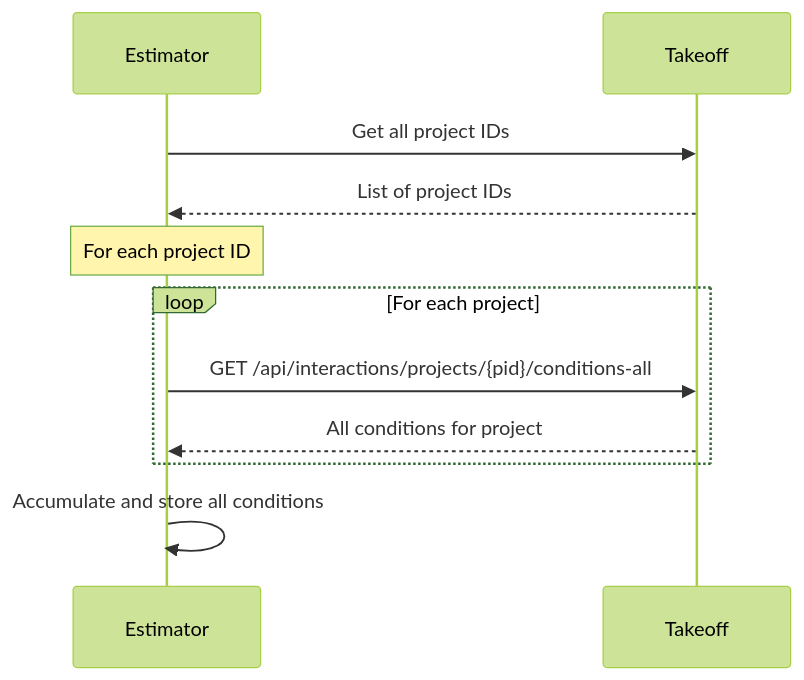
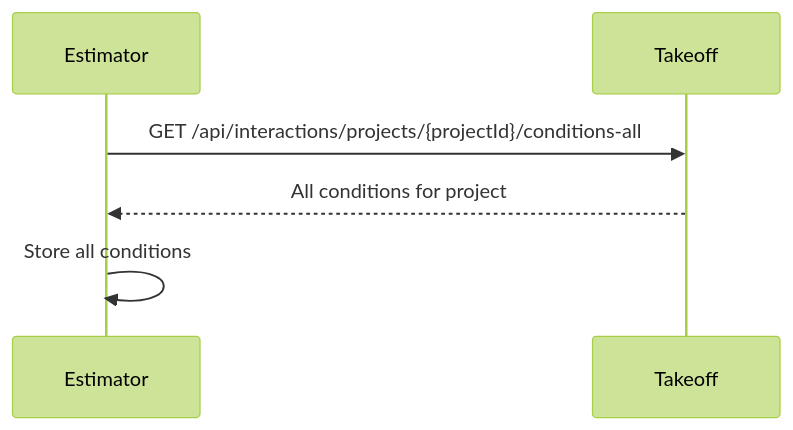
The fourth of 7 diagrams in docs/contract-diagrams.md (pkarabut-bw/embedded-integration), drawn with Mermaid (forest theme) before and after one commit. The commit also changed other lines of this file, not shown here.

Commit message:
small fix

````diff
--- a/docs/contract-diagrams.md
+++ b/docs/contract-diagrams.md
@@ -94,16 +94,10 @@
 ```mermaid
 sequenceDiagram
     participant Estimator
     participant Takeoff
     
-    Estimator->>Takeoff: Get all project IDs
-    Takeoff-->>Estimator: List of project IDs
+    Estimator->>Takeoff: GET /api/interactions/projects/{projectId}/conditions-all
+    Takeoff-->>Estimator: All conditions for project
     
-    Note over Estimator: For each project ID
-    loop For each project
-        Estimator->>Takeoff: GET /api/interactions/projects/{pid}/conditions-all
-        Takeoff-->>Estimator: All conditions for project
-    end
-    
-    Estimator->>Estimator: Accumulate and store all conditions
+    Estimator->>Estimator: Store all conditions
 ```
````
